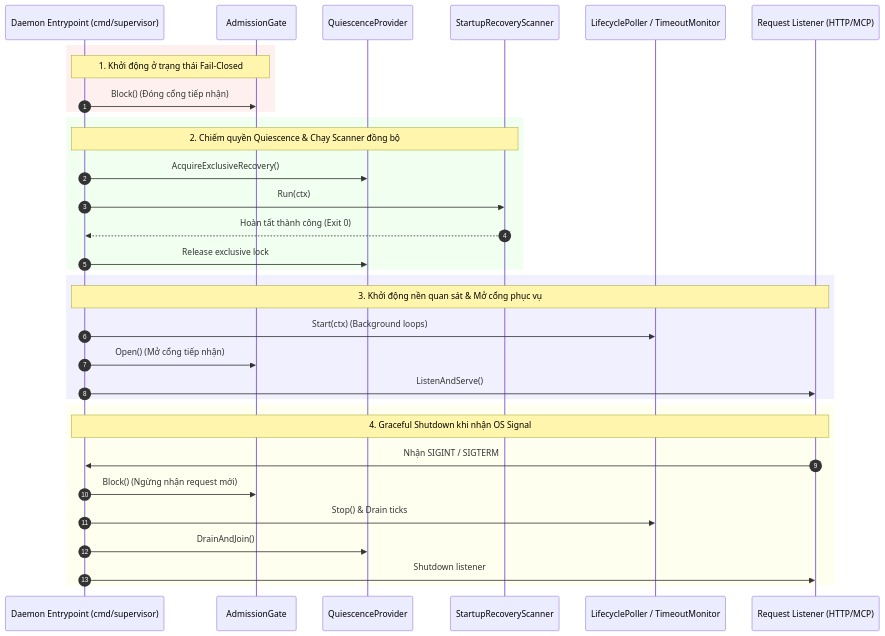
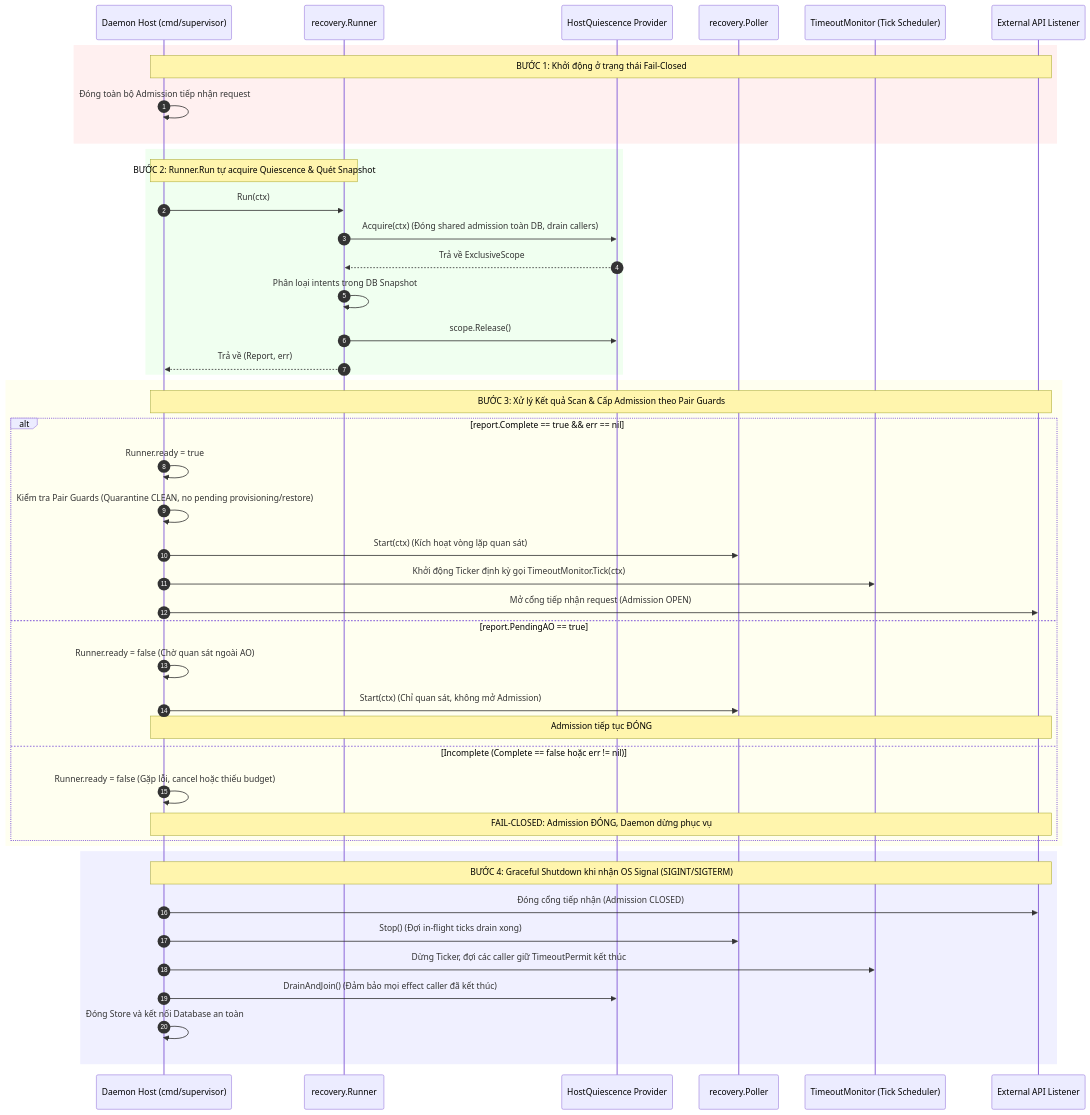
Before and after one commit to trungqwe/ai-supervisor: the diagram in docs/plans/PLAN-HOST-INTEGRATION-DEPENDENCY.md, drawn with Mermaid. The commit also changed other lines of this file and 2 other files, not shown here.

Commit message:
docs(p03): revise host integration plan and record erratum 002 for merge audit

````diff
--- a/docs/plans/PLAN-HOST-INTEGRATION-DEPENDENCY.md
+++ b/docs/plans/PLAN-HOST-INTEGRATION-DEPENDENCY.md
@@ -74,39 +90,52 @@
 ```mermaid
 sequenceDiagram
     autonumber
-    participant Host as Daemon Entrypoint (cmd/supervisor)
-    participant Gate as AdmissionGate
-    participant Quiescence as QuiescenceProvider
-    participant Scanner as StartupRecoveryScanner
-    participant Poller as LifecyclePoller / TimeoutMonitor
-    participant Server as Request Listener (HTTP/MCP)
+    participant Host as Daemon Host (cmd/supervisor)
+    participant Runner as recovery.Runner
+    participant HQ as HostQuiescence Provider
+    participant Poller as recovery.Poller
+    participant TM as TimeoutMonitor (Tick Scheduler)
+    participant Listener as External API Listener
 
     rect rgb(255, 240, 240)
-    Note over Host,Gate: 1. Khởi động ở trạng thái Fail-Closed
-    Host->>Gate: Block() (Đóng cổng tiếp nhận)
+    Note over Host,Listener: BƯỚC 1: Khởi động ở trạng thái Fail-Closed
+    Host->>Host: Đóng toàn bộ Admission tiếp nhận request
     end
 
     rect rgb(240, 255, 240)
-    Note over Host,Scanner: 2. Chiếm quyền Quiescence & Chạy Scanner đồng bộ
-    Host->>Quiescence: AcquireExclusiveRecovery()
-    Host->>Scanner: Run(ctx)
-    Scanner-->>Host: Hoàn tất thành công (Exit 0)
-    Host->>Quiescence: Release exclusive lock
+    Note over Host,Runner: BƯỚC 2: Runner.Run tự acquire Quiescence & Quét Snapshot
+    Host->>Runner: Run(ctx)
+    Runner->>HQ: Acquire(ctx) (Đóng shared admission toàn DB, drain callers)
+    HQ-->>Runner: Trả về ExclusiveScope
+    Runner->>Runner: Phân loại intents trong DB Snapshot
+    Runner->>HQ: scope.Release()
+    Runner-->>Host: Trả về (Report, err)
+    end
+
+    rect rgb(255, 255, 240)
+    Note over Host,Listener: BƯỚC 3: Xử lý Kết quả Scan & Cấp Admission theo Pair Guards
+    alt report.Complete == true && err == nil
+        Host->>Host: Runner.ready = true
+        Host->>Host: Kiểm tra Pair Guards (Quarantine CLEAN, no pending provisioning/restore)
+        Host->>Poller: Start(ctx) (Kích hoạt vòng lặp quan sát)
+        Host->>TM: Khởi động Ticker định kỳ gọi TimeoutMonitor.Tick(ctx)
+        Host->>Listener: Mở cổng tiếp nhận request (Admission OPEN)
+    else report.PendingAO == true
+        Host->>Host: Runner.ready = false (Chờ quan sát ngoài AO)
+        Host->>Poller: Start(ctx) (Chỉ quan sát, không mở Admission)
+        Note over Host,Listener: Admission tiếp tục ĐÓNG
+    else Incomplete (Complete == false hoặc err != nil)
+        Host->>Host: Runner.ready = false (Gặp lỗi, cancel hoặc thiếu budget)
+        Note over Host,Listener: FAIL-CLOSED: Admission ĐÓNG, Daemon dừng phục vụ
+    end
     end
 
     rect rgb(240, 240, 255)
-    Note over Host,Server: 3. Khởi động nền quan sát & Mở cổng phục vụ
-    Host->>Poller: Start(ctx) (Background loops)
-    Host->>Gate: Open() (Mở cổng tiếp nhận)
-    Host->>Server: ListenAndServe()
-    end
-
-    rect rgb(255, 255, 240)
-    Note over Host,Server: 4. Graceful Shutdown khi nhận OS Signal
-    Server->>Host: Nhận SIGINT / SIGTERM
-    Host->>Gate: Block() (Ngừng nhận request mới)
-    Host->>Poller: Stop() & Drain ticks
-    Host->>Quiescence: DrainAndJoin()
-    Host->>Server: Shutdown listener
+    Note over Host,Listener: BƯỚC 4: Graceful Shutdown khi nhận OS Signal (SIGINT/SIGTERM)
+    Host->>Listener: Đóng cổng tiếp nhận (Admission CLOSED)
+    Host->>Poller: Stop() (Đợi in-flight ticks drain xong)
+    Host->>TM: Dừng Ticker, đợi các caller giữ TimeoutPermit kết thúc
+    Host->>HQ: DrainAndJoin() (Đảm bảo mọi effect caller đã kết thúc)
+    Host->>Host: Đóng Store và kết nối Database an toàn
     end
 ```
````
